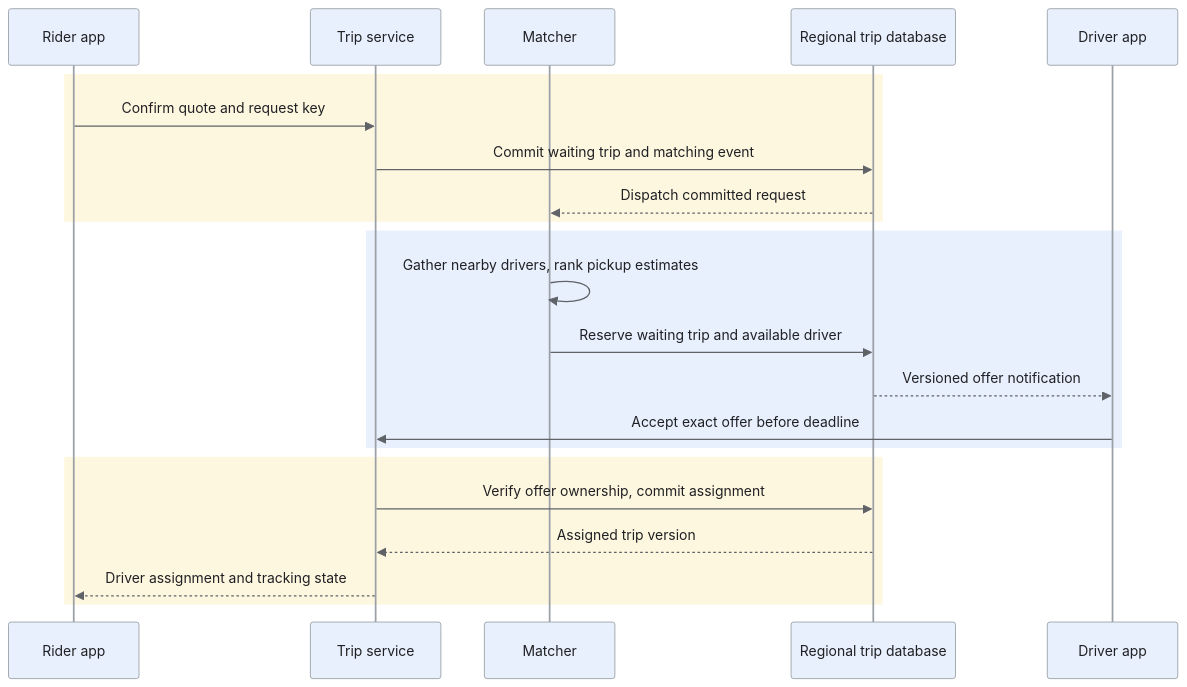
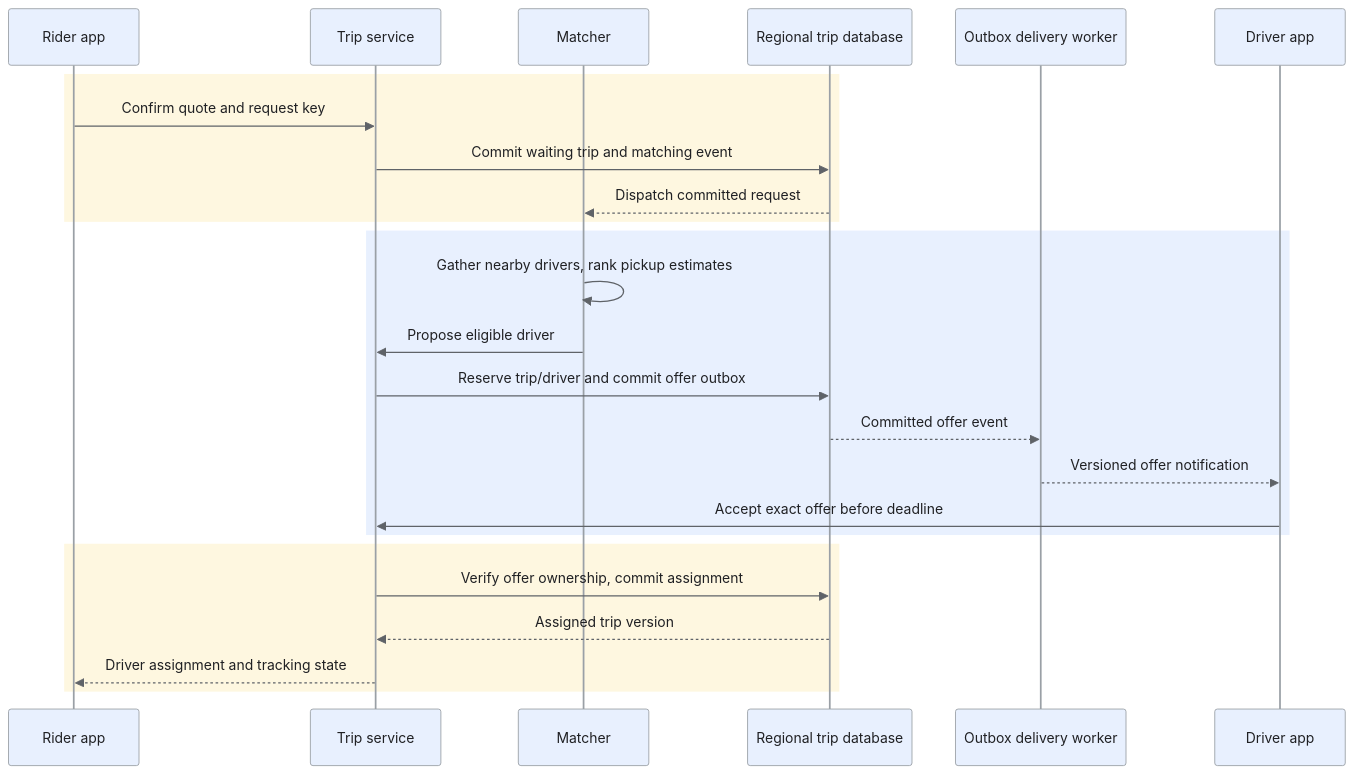
The second of 4 diagrams in _designs/system-design-uber.md (iliazlobin/iliazlobin.github.io), drawn with Mermaid before and after one commit. The commit also changed other lines of this file and 2 other files, not shown here.

Commit message:
docs: route sequence delivery through owning services

````diff
--- a/_designs/system-design-uber.md
+++ b/_designs/system-design-uber.md
@@ -209,26 +209,29 @@
 ```mermaid
 %%{init: {'theme':'base','themeVariables':{'primaryColor':'#e8f0fe','primaryTextColor':'#202124','primaryBorderColor':'#9aa0a6','lineColor':'#5f6368','secondaryColor':'#e6f4ea','tertiaryColor':'#fef7e0','actorBkg':'#e8f0fe','actorBorder':'#9aa0a6','actorTextColor':'#202124','noteBkgColor':'#fef7e0','noteTextColor':'#202124','noteBorderColor':'#9aa0a6','signalColor':'#5f6368','signalTextColor':'#202124','labelBoxBkgColor':'#fef7e0','labelBoxBorderColor':'#9aa0a6'}}}%%
 sequenceDiagram
   participant U as Rider app
   participant T as Trip service
   participant M as Matcher
   participant D as Regional trip database
+  participant N as Outbox delivery worker
   participant A as Driver app
   rect rgb(254, 247, 224)
     U->>T: Confirm quote and request key
     T->>D: Commit waiting trip and matching event
     D-->>M: Dispatch committed request
   end
   rect rgb(232, 240, 254)
     M->>M: Gather nearby drivers, rank pickup estimates
-    M->>D: Reserve waiting trip and available driver
-    D-->>A: Versioned offer notification
+    M->>T: Propose eligible driver
+    T->>D: Reserve trip/driver and commit offer outbox
+    D-->>N: Committed offer event
+    N-->>A: Versioned offer notification
     A->>T: Accept exact offer before deadline
   end
   rect rgb(254, 247, 224)
     T->>D: Verify offer ownership, commit assignment
     D-->>T: Assigned trip version
     T-->>U: Driver assignment and tracking state
   end
 
 ```
````
